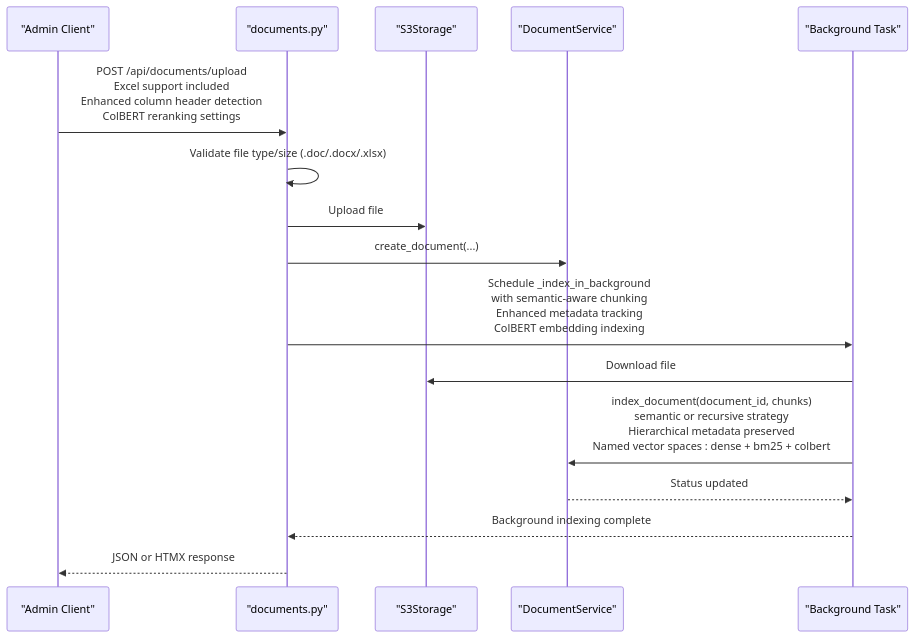
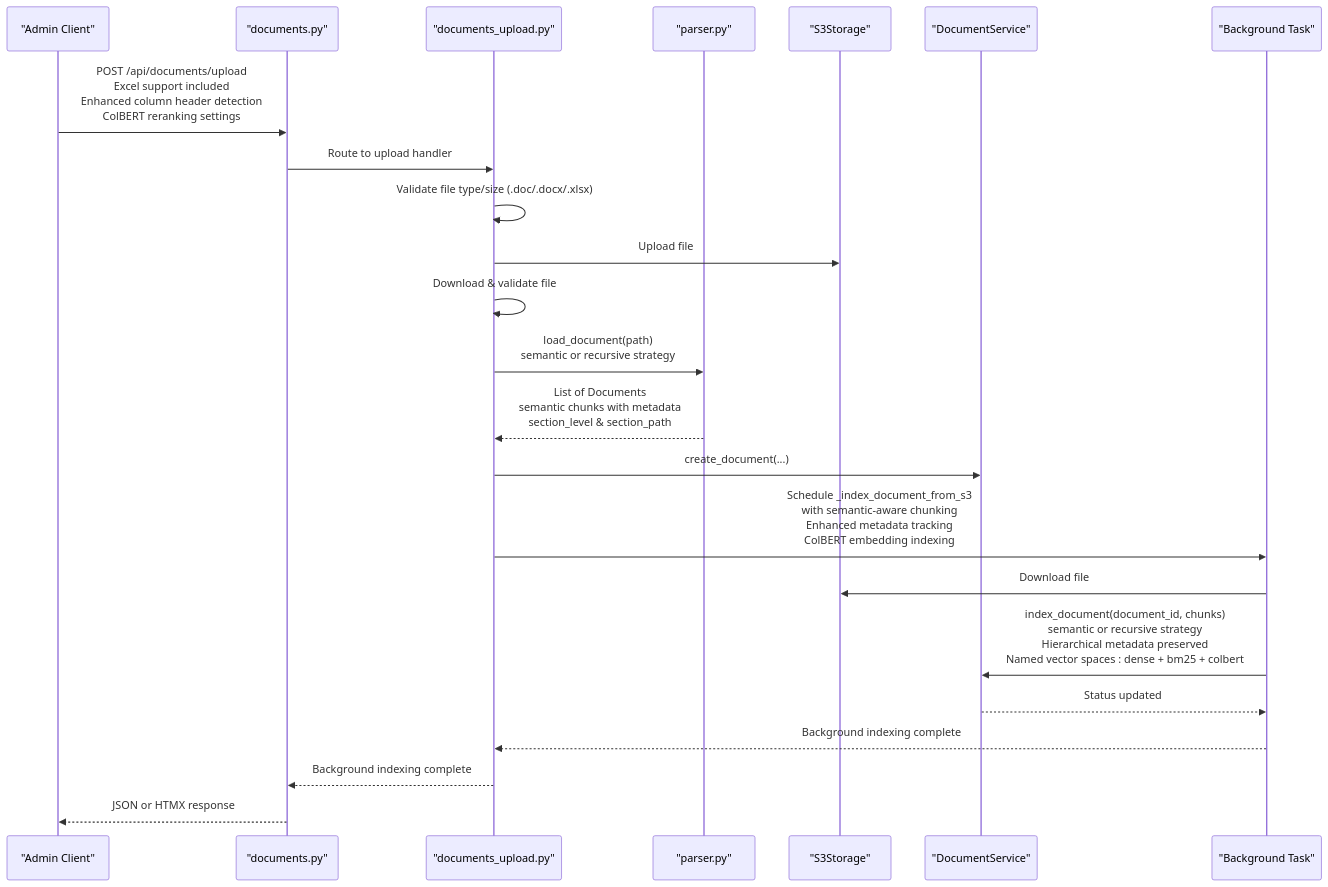
One commit to ognelis/cafetera_hr_bot changed diagram 14 of 15 in .qoder/repowiki/en/content/RAG Integration/RAG Parser Enhancement.md. Above: the diagram before and after it, drawn with Mermaid. The commit also changed other lines of this file and 139 other files, not shown here.

````diff
--- a/.qoder/repowiki/en/content/RAG Integration/RAG Parser Enhancement.md
+++ b/.qoder/repowiki/en/content/RAG Integration/RAG Parser Enhancement.md
@@ -671,18 +689,25 @@
 ```mermaid
 sequenceDiagram
 participant Client as "Admin Client"
 participant API as "documents.py"
+participant Upload as "documents_upload.py"
+participant Parser as "parser.py"
 participant S3 as "S3Storage"
 participant Service as "DocumentService"
 participant BG as "Background Task"
 Client->>API : POST /api/documents/upload<br/>Excel support included<br/>Enhanced column header detection<br/>ColBERT reranking settings
-API->>API : Validate file type/size (.doc/.docx/.xlsx)
-API->>S3 : Upload file
-API->>Service : create_document(...)
-API->>BG : Schedule _index_in_background<br/>with semantic-aware chunking<br/>Enhanced metadata tracking<br/>ColBERT embedding indexing
+API->>Upload : Route to upload handler
+Upload->>Upload : Validate file type/size (.doc/.docx/.xlsx)
+Upload->>S3 : Upload file
+Upload->>Upload : Download & validate file
+Upload->>Parser : load_document(path)<br/>semantic or recursive strategy
+Parser-->>Upload : List of Documents<br/>semantic chunks with metadata<br/>section_level & section_path
+Upload->>Service : create_document(...)
+Upload->>BG : Schedule _index_document_from_s3<br/>with semantic-aware chunking<br/>Enhanced metadata tracking<br/>ColBERT embedding indexing
 BG->>S3 : Download file
 BG->>Service : index_document(document_id, chunks)<br/>semantic or recursive strategy<br/>Hierarchical metadata preserved<br/>Named vector spaces : dense + bm25 + colbert
 Service-->>BG : Status updated
-BG-->>API : Background indexing complete
+BG-->>Upload : Background indexing complete
+Upload-->>API : Background indexing complete
 API-->>Client : JSON or HTMX response
 ```
````
